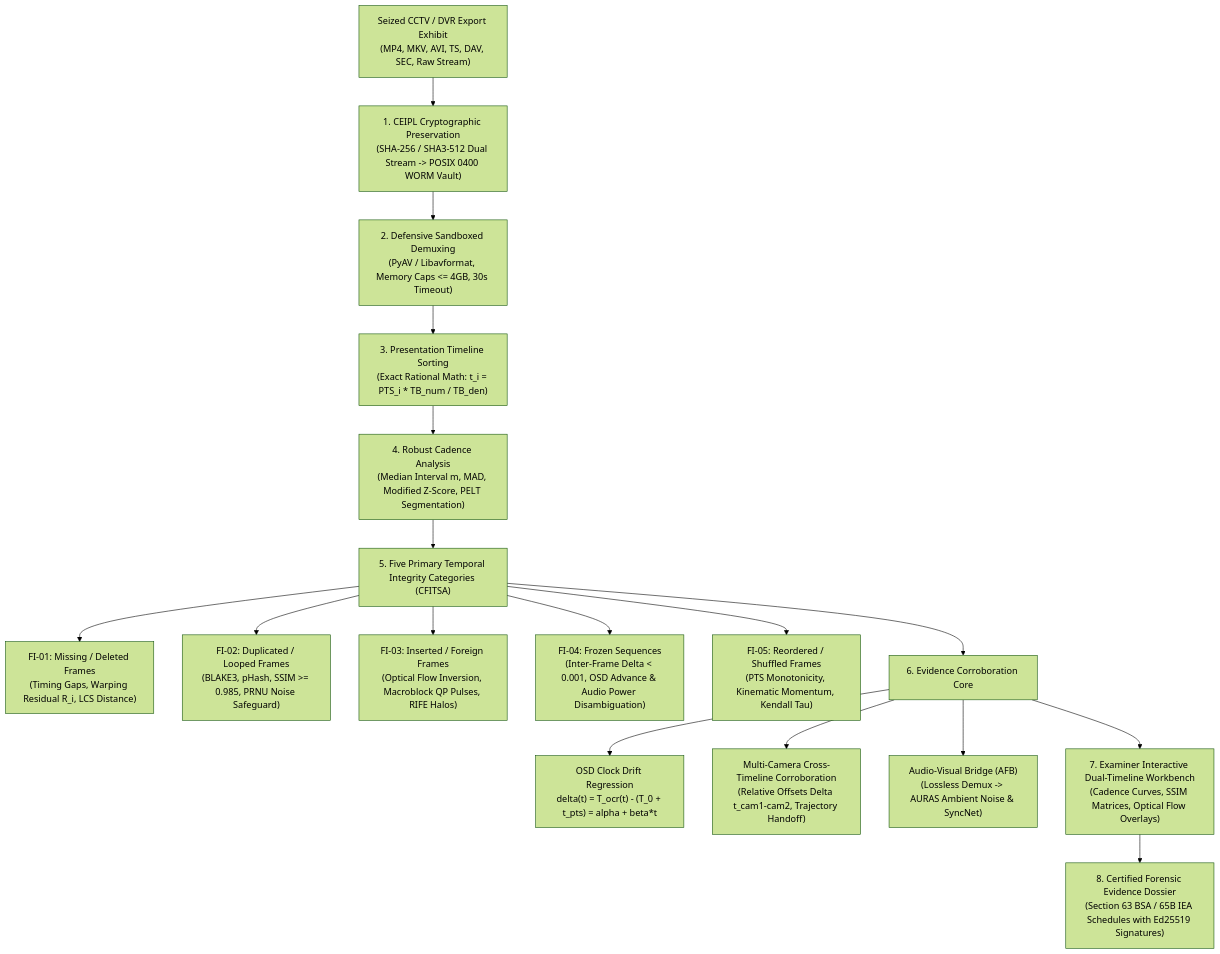
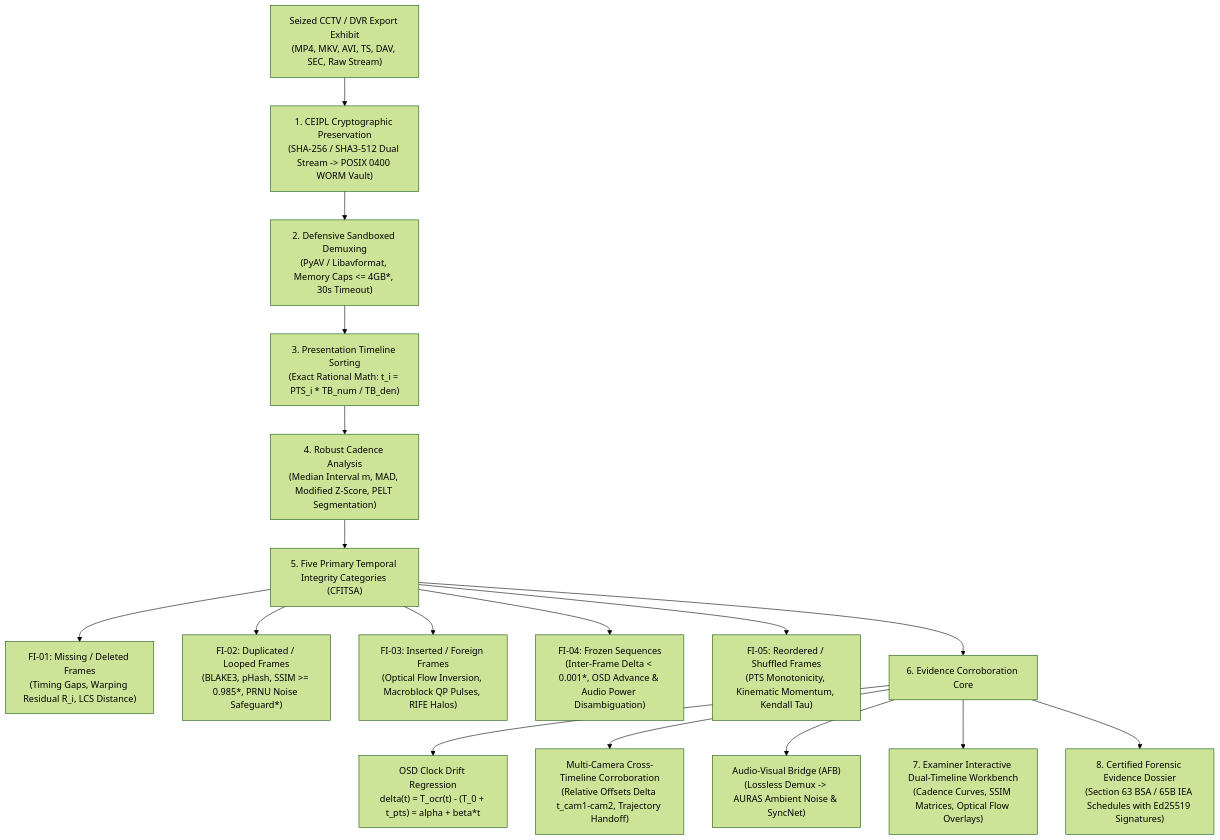
Before and after one commit to Subhadip-Paul2006/BHack-Docs: the first of 9 diagrams in CCTV_VISUAL_INTELLIGENCE.md, drawn with Mermaid (forest theme). The commit also changed other lines of this file, not shown here.

````diff
--- a/CCTV_VISUAL_INTELLIGENCE.md
+++ b/CCTV_VISUAL_INTELLIGENCE.md
@@ -22,23 +89,23 @@
 ```mermaid
 flowchart TD
     EVID["Seized CCTV / DVR Export Exhibit<br/>(MP4, MKV, AVI, TS, DAV, SEC, Raw Stream)"] --> CEIPL["1. CEIPL Cryptographic Preservation<br/>(SHA-256 / SHA3-512 Dual Stream -> POSIX 0400 WORM Vault)"]
-    CEIPL --> DEMUX["2. Defensive Sandboxed Demuxing<br/>(PyAV / Libavformat, Memory Caps <= 4GB, 30s Timeout)"]
+    CEIPL --> DEMUX["2. Defensive Sandboxed Demuxing<br/>(PyAV / Libavformat, Memory Caps <= 4GB*, 30s Timeout)"]
     DEMUX --> TIMELINE["3. Presentation Timeline Sorting<br/>(Exact Rational Math: t_i = PTS_i * TB_num / TB_den)"]
     
     TIMELINE --> CADENCE["4. Robust Cadence Analysis<br/>(Median Interval m, MAD, Modified Z-Score, PELT Segmentation)"]
     
     CADENCE --> FIVE_CATS["5. Five Primary Temporal Integrity Categories (CFITSA)"]
     FIVE_CATS --> FI01["FI-01: Missing / Deleted Frames<br/>(Timing Gaps, Warping Residual R_i, LCS Distance)"]
-    FIVE_CATS --> FI02["FI-02: Duplicated / Looped Frames<br/>(BLAKE3, pHash, SSIM >= 0.985, PRNU Noise Safeguard)"]
+    FIVE_CATS --> FI02["FI-02: Duplicated / Looped Frames<br/>(BLAKE3, pHash, SSIM >= 0.985*, PRNU Noise Safeguard*)"]
     FIVE_CATS --> FI03["FI-03: Inserted / Foreign Frames<br/>(Optical Flow Inversion, Macroblock QP Pulses, RIFE Halos)"]
-    FIVE_CATS --> FI04["FI-04: Frozen Sequences<br/>(Inter-Frame Delta < 0.001, OSD Advance & Audio Power Disambiguation)"]
+    FIVE_CATS --> FI04["FI-04: Frozen Sequences<br/>(Inter-Frame Delta < 0.001*, OSD Advance & Audio Power Disambiguation)"]
     FIVE_CATS --> FI05["FI-05: Reordered / Shuffled Frames<br/>(PTS Monotonicity, Kinematic Momentum, Kendall Tau)"]
     
     FIVE_CATS --> CORR["6. Evidence Corroboration Core"]
     CORR --> OSD_DRIFT["OSD Clock Drift Regression<br/>delta(t) = T_ocr(t) - (T_0 + t_pts) = alpha + beta*t"]
     CORR --> MULTI_CAM["Multi-Camera Cross-Timeline Corroboration<br/>(Relative Offsets Delta t_cam1-cam2, Trajectory Handoff)"]
     CORR --> AFB_SYNC["Audio-Visual Bridge (AFB)<br/>(Lossless Demux -> AURAS Ambient Noise & SyncNet)"]
     
     CORR --> WORKBENCH["7. Examiner Interactive Dual-Timeline Workbench<br/>(Cadence Curves, SSIM Matrices, Optical Flow Overlays)"]
-    WORKBENCH --> DOSSIER["8. Certified Forensic Evidence Dossier<br/>(Section 63 BSA / 65B IEA Schedules with Ed25519 Signatures)"]
+    CORR --> DOSSIER["8. Certified Forensic Evidence Dossier<br/>(Section 63 BSA / 65B IEA Schedules with Ed25519 Signatures)"]
 ```
````
